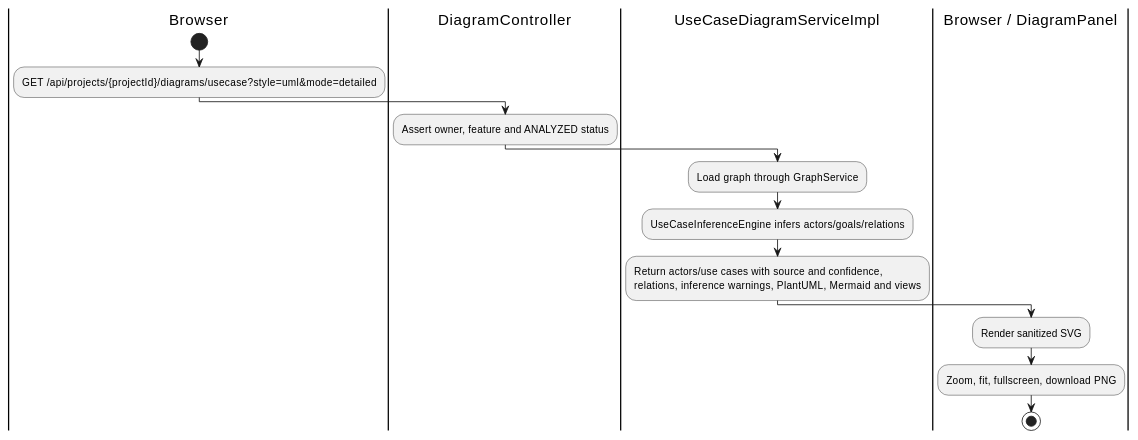
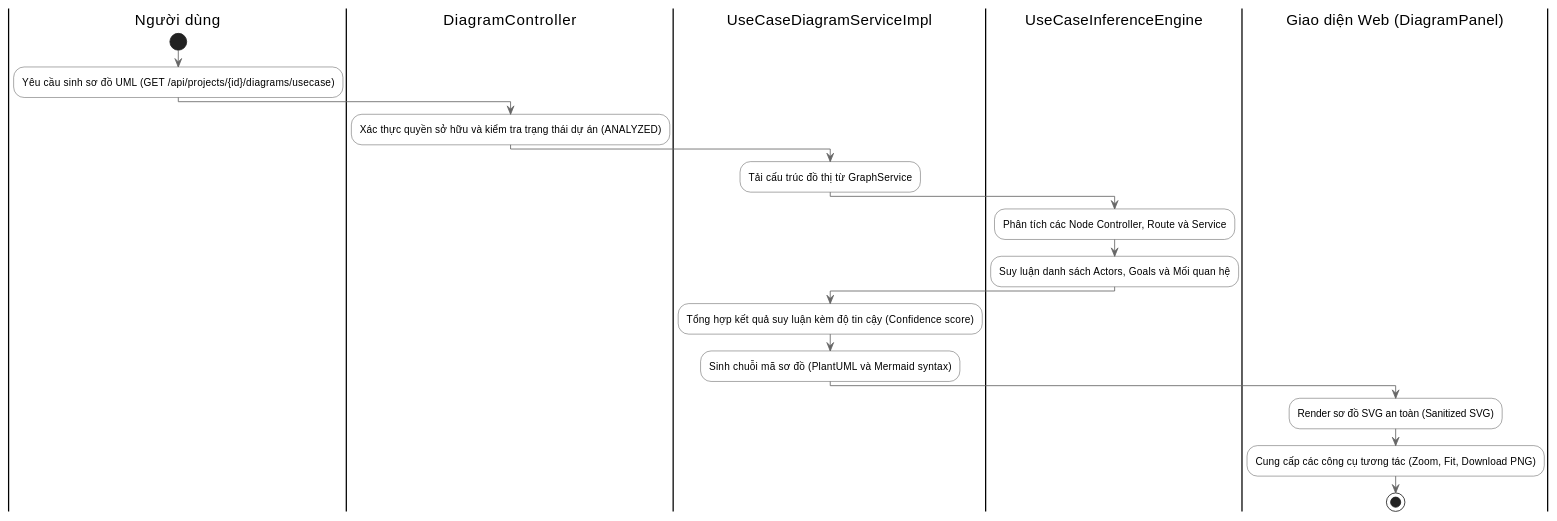
The fifth of 6 diagrams in Diagram/diagram update/plantuml_activity.md (ThinhChauTran263/VibeGraph-com), drawn with PlantUML before and after one commit. The commit also changed other lines of this file and 19 other files, not shown here.

Commit message:
refactor: reorganize diagram files and update PlantUML documentation

````diff
--- a/Diagram/diagram update/plantuml_activity.md
+++ b/Diagram/diagram update/plantuml_activity.md
@@ -192,17 +230,32 @@
 ```plantuml
 @startuml
-|Browser|
+skinparam activity {
+  BackgroundColor white
+  BorderColor #333333
+  ArrowColor #666666
+}
+
+|Người dùng|
 start
-:GET /api/projects/{projectId}/diagrams/usecase?style=uml&mode=detailed;
+:Yêu cầu sinh sơ đồ UML (GET /api/projects/{id}/diagrams/usecase);
+
 |DiagramController|
-:Assert owner, feature and ANALYZED status;
+:Xác thực quyền sở hữu và kiểm tra trạng thái dự án (ANALYZED);
+
 |UseCaseDiagramServiceImpl|
-:Load graph through GraphService;
-:UseCaseInferenceEngine infers actors/goals/relations;
-:Return actors/use cases with source and confidence,\nrelations, inference warnings, PlantUML, Mermaid and views;
-|Browser / DiagramPanel|
-:Render sanitized SVG;
-:Zoom, fit, fullscreen, download PNG;
+:Tải cấu trúc đồ thị từ GraphService;
+
+|UseCaseInferenceEngine|
+:Phân tích các Node Controller, Route và Service;
+:Suy luận danh sách Actors, Goals và Mối quan hệ;
+
+|UseCaseDiagramServiceImpl|
+:Tổng hợp kết quả suy luận kèm độ tin cậy (Confidence score);
+:Sinh chuỗi mã sơ đồ (PlantUML và Mermaid syntax);
+
+|Giao diện Web (DiagramPanel)|
+:Render sơ đồ SVG an toàn (Sanitized SVG);
+:Cung cấp các công cụ tương tác (Zoom, Fit, Download PNG);
 stop
 @enduml
 ```
````
